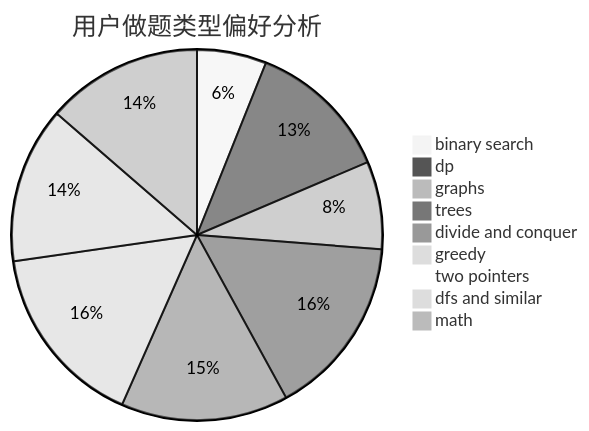
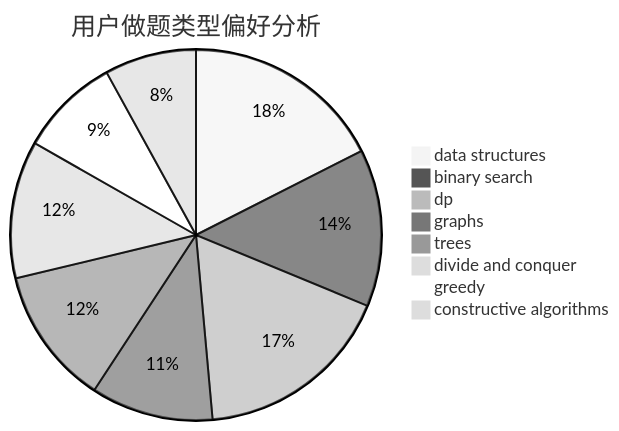
Before and after one commit to sherpahu/cfrs.github.io: the second of 3 diagrams in docs/user/u306.md, drawn with Mermaid (neutral theme). The commit also changed other lines of this file and 2775 other files, not shown here.

````diff
--- a/docs/user/u306.md
+++ b/docs/user/u306.md
@@ -23,12 +23,11 @@
 ```mermaid
 pie title 用户做题类型偏好分析
-    "binary search" :  76
-    "dp" :  157
-    "graphs" :  96
-    "trees" :  198
-    "divide and conquer" :  183
-    "greedy" :  202
-    "two pointers" :  2
-    "dfs and similar" :  171
-    "math" :  171
+    "data structures" :  92
+    "binary search" :  72
+    "dp" :  91
+    "graphs" :  56
+    "trees" :  63
+    "divide and conquer" :  63
+    "greedy" :  46
+    "constructive algorithms" :  42
 ```
````
